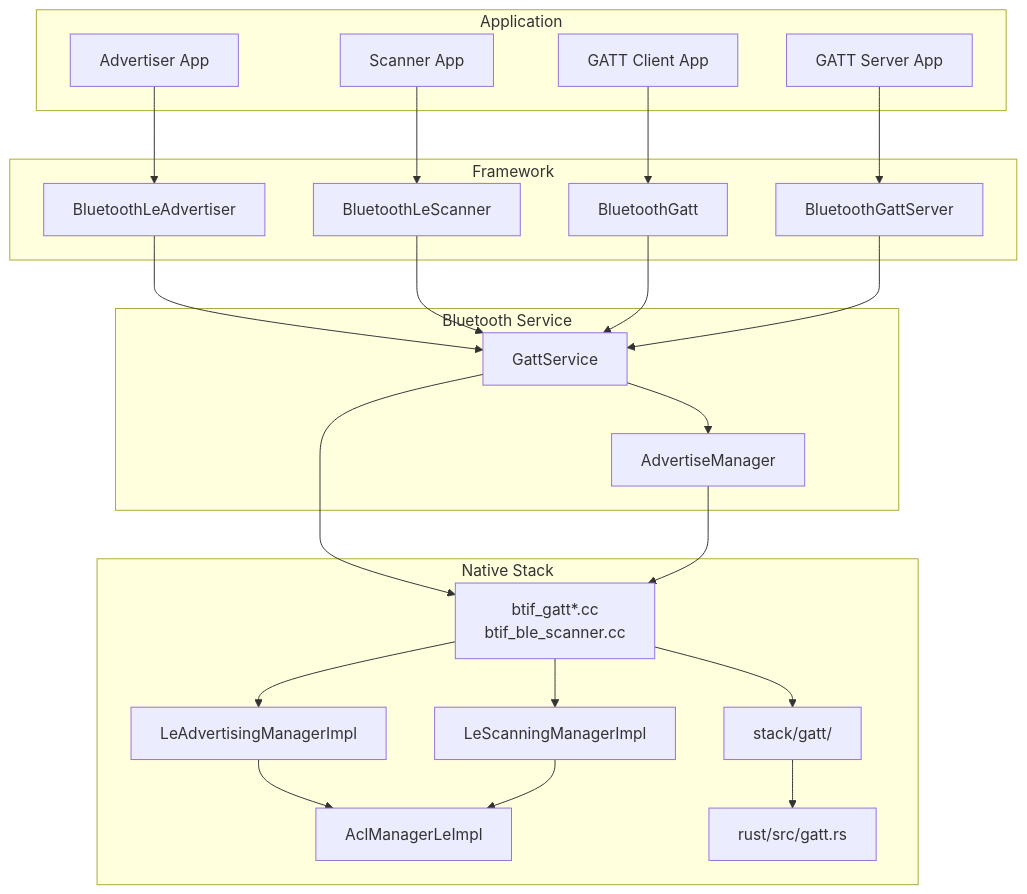
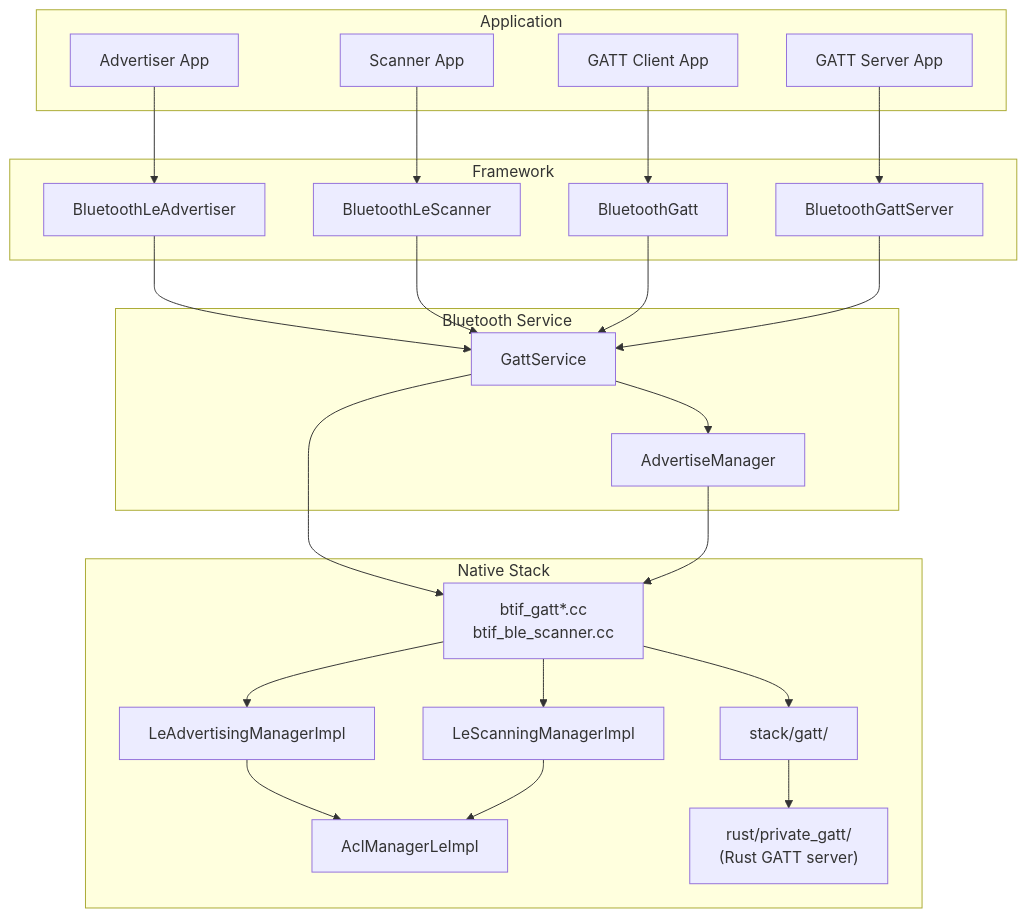
Before and after one commit to aospbooks/aosp-internal-book: diagram 13 of 25 in 37-bluetooth.md, drawn with Mermaid. The commit also changed other lines of this file and 232 other files, not shown here.

````diff
--- a/37-bluetooth.md
+++ b/37-bluetooth.md
@@ -1258,44 +1463,44 @@
 ```mermaid
 graph TB
     subgraph "Application"
         APP_ADV["Advertiser App"]
         APP_SCAN["Scanner App"]
         APP_GATT_C["GATT Client App"]
         APP_GATT_S["GATT Server App"]
     end
 
     subgraph "Framework"
         BLE_ADV["BluetoothLeAdvertiser"]
         BLE_SCAN["BluetoothLeScanner"]
         GATT_C["BluetoothGatt"]
         GATT_S["BluetoothGattServer"]
     end
 
     subgraph "Bluetooth Service"
         GATT_SVC["GattService"]
         ADV_MGR["AdvertiseManager"]
     end
 
     subgraph "Native Stack"
         BTIF_GATT["btif_gatt*.cc<br/>btif_ble_scanner.cc"]
         GD_ADV["LeAdvertisingManagerImpl"]
         GD_SCAN["LeScanningManagerImpl"]
         GD_ACL["AclManagerLeImpl"]
         STACK_GATT["stack/gatt/"]
-        RUST_GATT["rust/src/gatt.rs"]
+        RUST_GATT["rust/private_gatt/<br/>(Rust GATT server)"]
     end
 
     APP_ADV --> BLE_ADV --> GATT_SVC
     APP_SCAN --> BLE_SCAN --> GATT_SVC
     APP_GATT_C --> GATT_C --> GATT_SVC
     APP_GATT_S --> GATT_S --> GATT_SVC
     GATT_SVC --> ADV_MGR
     GATT_SVC --> BTIF_GATT
     ADV_MGR --> BTIF_GATT
     BTIF_GATT --> GD_ADV
     BTIF_GATT --> GD_SCAN
     BTIF_GATT --> STACK_GATT
     STACK_GATT --> RUST_GATT
     GD_ADV --> GD_ACL
     GD_SCAN --> GD_ACL
 ```
````
